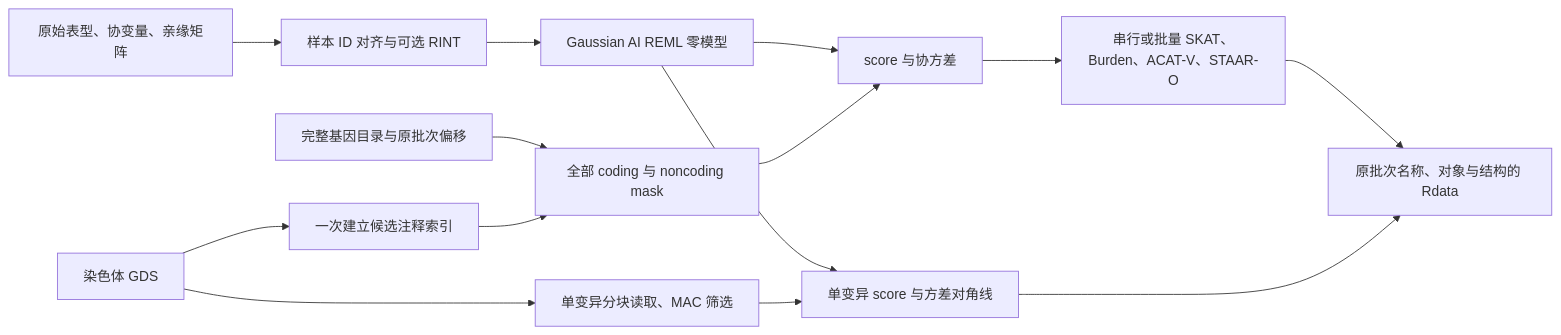
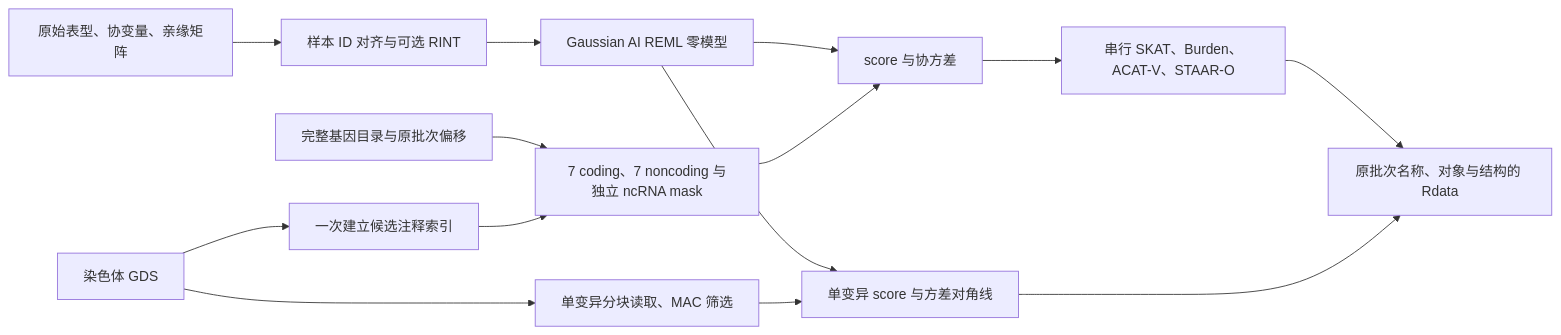
The diagram in docs/chromosome.md (weikanggong1/WGS), drawn with Mermaid before and after one commit. The commit also changed other lines of this file and 98 other files, not shown here.

````diff
--- a/docs/chromosome.md
+++ b/docs/chromosome.md
@@ -7,16 +10,16 @@
 ```mermaid
 flowchart LR
     A[原始表型、协变量、亲缘矩阵] --> B[样本 ID 对齐与可选 RINT]
     B --> C[Gaussian AI REML 零模型]
     D[染色体 GDS] --> E[一次建立候选注释索引]
-    F[完整基因目录与原批次偏移] --> G[全部 coding 与 noncoding mask]
+    F[完整基因目录与原批次偏移] --> G[7 coding、7 noncoding 与独立 ncRNA mask]
     E --> G
     C --> H[score 与协方差]
     G --> H
-    H --> I[串行或批量 SKAT、Burden、ACAT-V、STAAR-O]
+    H --> I[串行 SKAT、Burden、ACAT-V、STAAR-O]
     D --> J[单变异分块读取、MAC 筛选]
     C --> K[单变异 score 与方差对角线]
     J --> K
     I --> L[原批次名称、对象与结构的 Rdata]
     K --> L
 ```
````
